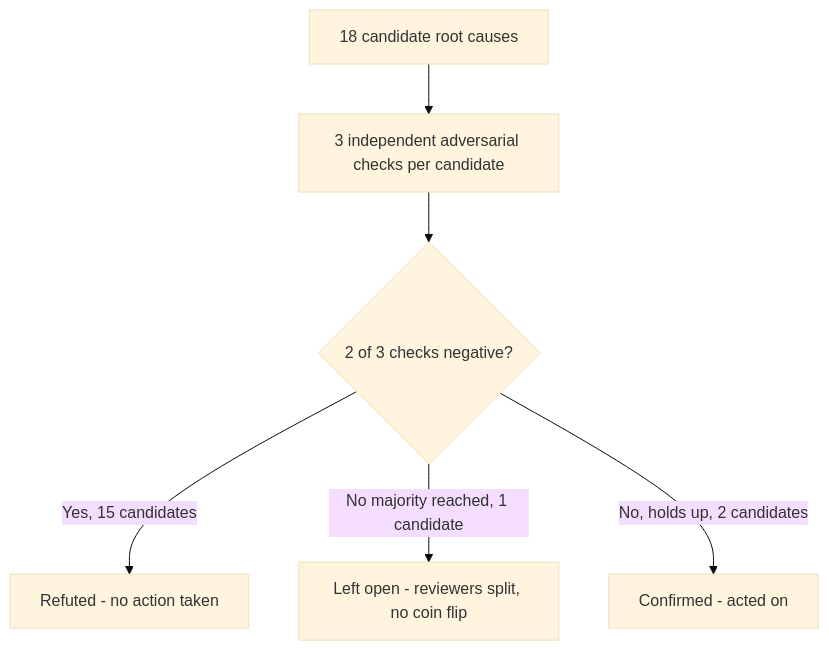
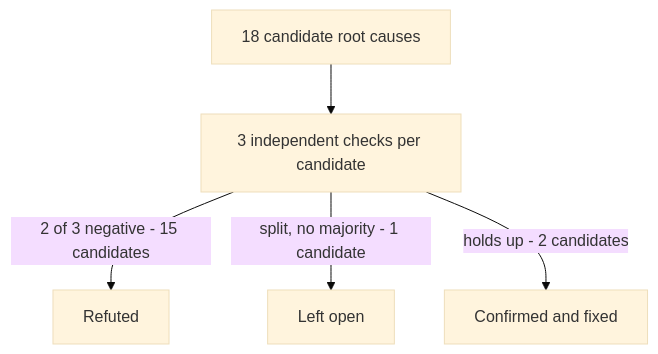
One commit to preston-bernstein/pres-ber-blog changed the diagram in content/english/blog/adversarial-verification-home-lab-alerts.md. Above: the diagram before and after it, drawn with Mermaid (base theme). The commit also changed other lines of this file and 2 other files, not shown here.

First line of the commit message:
Rewrite adversarial-verification post through the intake pipeline

````diff
--- a/content/english/blog/adversarial-verification-home-lab-alerts.md
+++ b/content/english/blog/adversarial-verification-home-lab-alerts.md
@@ -44,8 +34,7 @@
 ```mermaid
 flowchart TD
-    A[18 candidate root causes] --> B[3 independent adversarial checks per candidate]
-    B --> C{2 of 3 checks negative?}
-    C -->|Yes, 15 candidates| D[Refuted - no action taken]
-    C -->|No majority reached, 1 candidate| E[Left open - reviewers split, no coin flip]
-    C -->|No, holds up, 2 candidates| F[Confirmed - acted on]
+    A[18 candidate root causes] --> B[3 independent checks per candidate]
+    B -->|2 of 3 negative - 15 candidates| C[Refuted]
+    B -->|split, no majority - 1 candidate| D[Left open]
+    B -->|holds up - 2 candidates| E[Confirmed and fixed]
 ```
````
